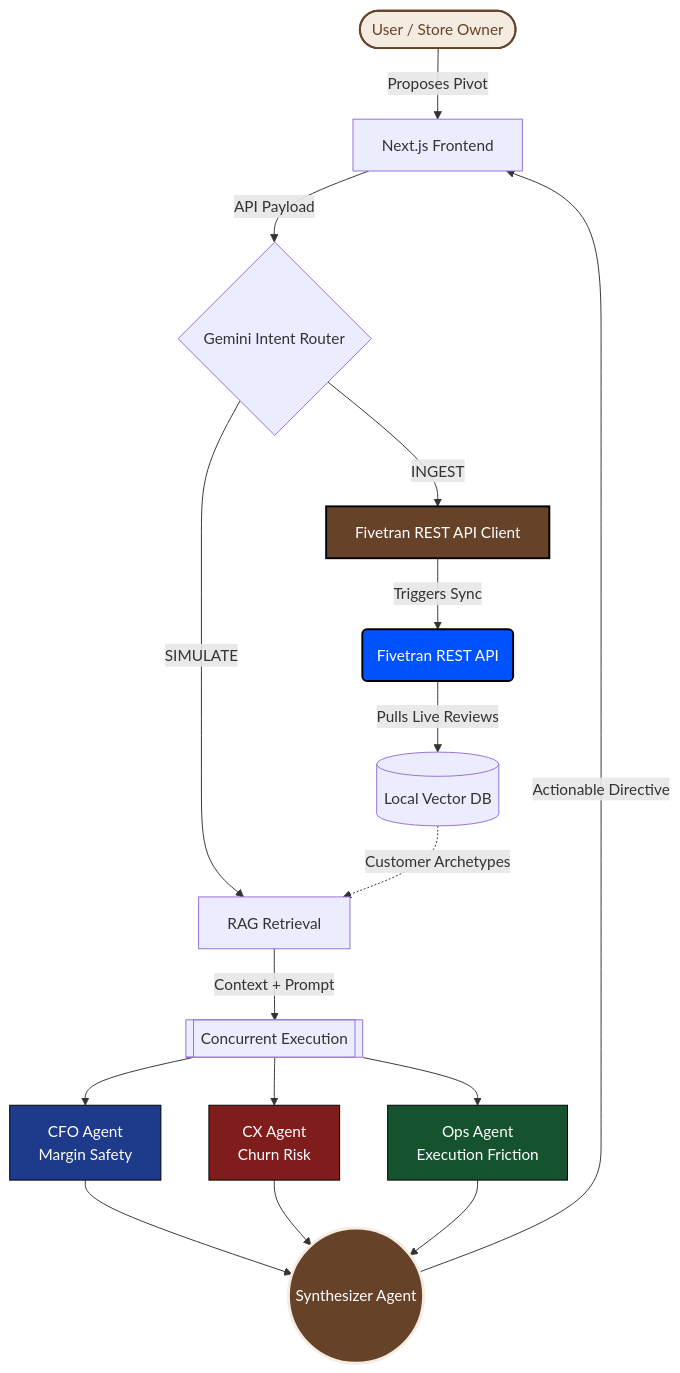
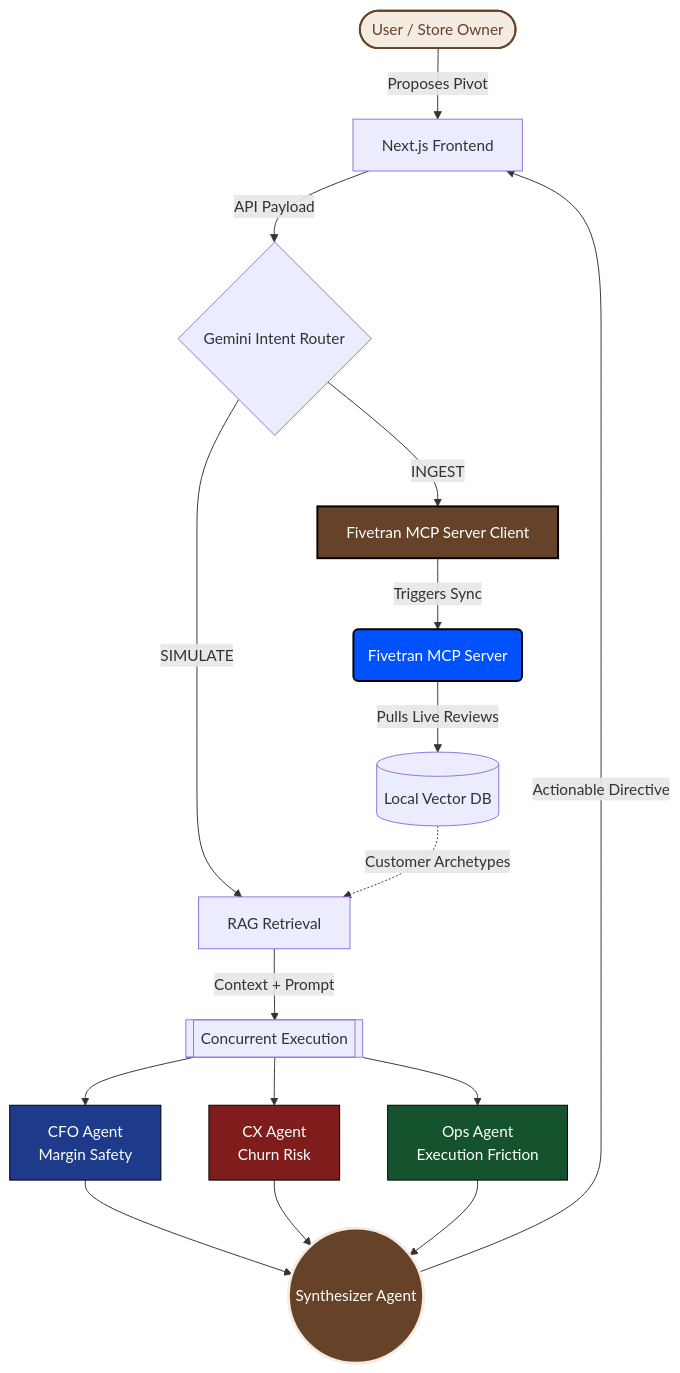
One commit to 0takuc0mrade/Sylon changed the diagram in README.md. Above: the diagram before and after it, drawn with Mermaid. The commit also changed other lines of this file and 7 other files, not shown here.

````diff
--- a/README.md
+++ b/README.md
@@ -38,34 +38,34 @@
 ```mermaid
 graph TD
     User([User / Store Owner]) -->|Proposes Pivot| UI[Next.js Frontend]
     UI -->|API Payload| Router{Gemini Intent Router}
     
     %% Fivetran Data Pipeline
-    Router -->|INGEST| FTC[Fivetran REST API Client]
-    FTC -->|Triggers Sync| Fivetran(Fivetran REST API)
+    Router -->|INGEST| FTC[Fivetran MCP Server Client]
+    FTC -->|Triggers Sync| Fivetran(Fivetran MCP Server)
     Fivetran -->|Pulls Live Reviews| DB[(Local Vector DB)]
     
     %% Multi-Agent Pipeline
     Router -->|SIMULATE| RAG[RAG Retrieval]
     DB -.->|Customer Archetypes| RAG
     
     RAG -->|Context + Prompt| Threads[[Concurrent Execution]]
     
     Threads --> CFO[CFO Agent<br/>Margin Safety]
     Threads --> CX[CX Agent<br/>Churn Risk]
     Threads --> Ops[Ops Agent<br/>Execution Friction]
     
     CFO --> Synthesizer((Synthesizer Agent))
     CX --> Synthesizer
     Ops --> Synthesizer
     
     Synthesizer -->|Actionable Directive| UI
     
     style User fill:#f4ebe1,stroke:#664229,stroke-width:2px,color:#664229
     style Fivetran fill:#0052FF,stroke:#000,stroke-width:2px,color:#fff
     style FTC fill:#664229,stroke:#000,stroke-width:2px,color:#fff
     style CFO fill:#1e3a8a,stroke:#000,color:#fff
     style CX fill:#7f1d1d,stroke:#000,color:#fff
     style Ops fill:#14532d,stroke:#000,color:#fff
     style Synthesizer fill:#664229,stroke:#f4ebe1,stroke-width:3px,color:#fff
 ```
````
